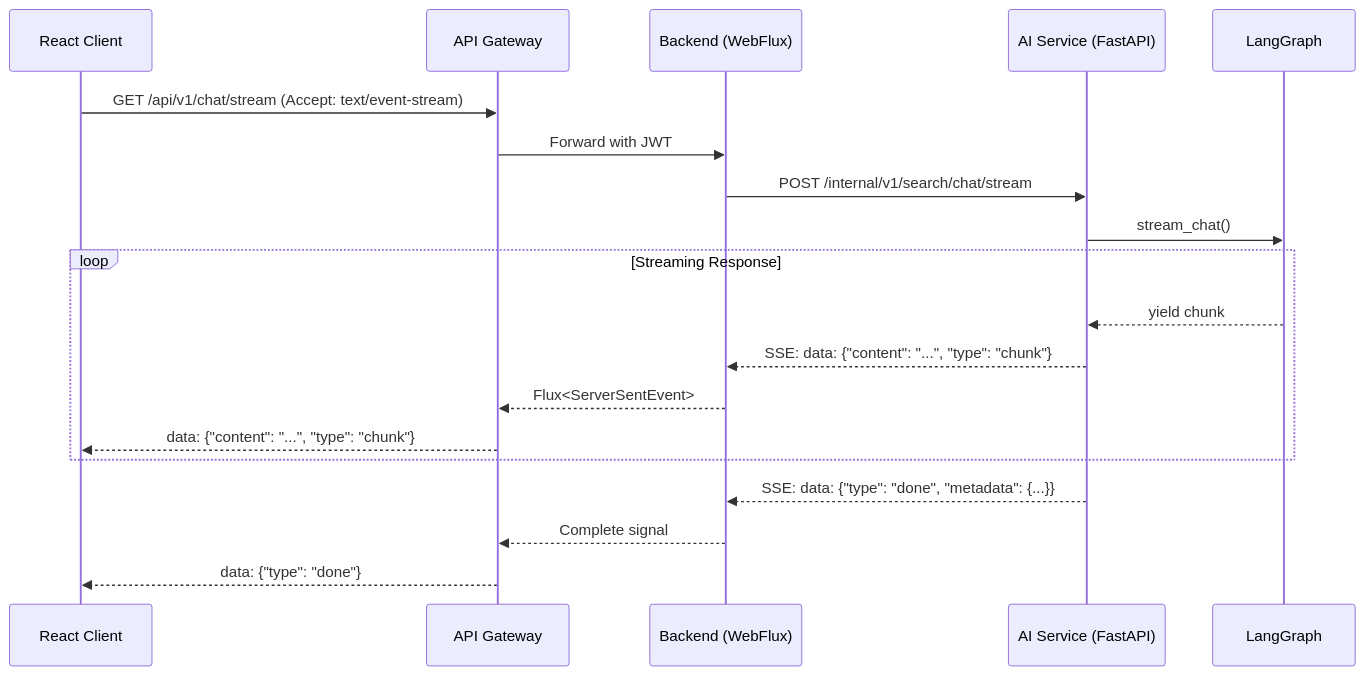
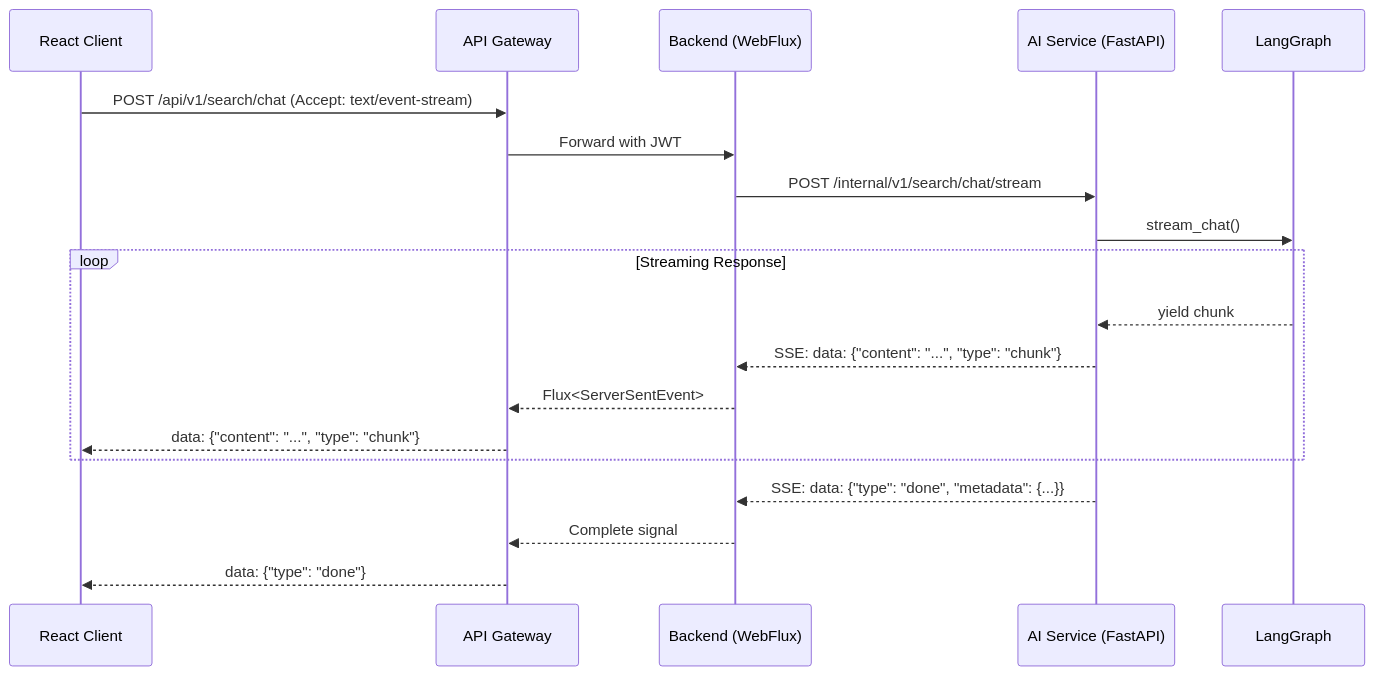
The eighth of 14 diagrams in knowledge_service/docs/02_design/backend_detailed_design.md (k82022603/hybrid-rag-knowledge-ops), drawn with Mermaid before and after one commit. The commit also changed other lines of this file and 32 other files, not shown here.

````diff
--- a/knowledge_service/docs/02_design/backend_detailed_design.md
+++ b/knowledge_service/docs/02_design/backend_detailed_design.md
@@ -2929,24 +2957,24 @@
 ```mermaid
 sequenceDiagram
     participant Client as React Client
     participant GW as API Gateway
     participant BE as Backend (WebFlux)
     participant AI as AI Service (FastAPI)
     participant LG as LangGraph
 
-    Client->>GW: GET /api/v1/chat/stream (Accept: text/event-stream)
+    Client->>GW: POST /api/v1/search/chat (Accept: text/event-stream)
     GW->>BE: Forward with JWT
     BE->>AI: POST /internal/v1/search/chat/stream
     AI->>LG: stream_chat()
 
     loop Streaming Response
         LG-->>AI: yield chunk
         AI-->>BE: SSE: data: {"content": "...", "type": "chunk"}
         BE-->>GW: Flux<ServerSentEvent>
         GW-->>Client: data: {"content": "...", "type": "chunk"}
     end
 
     AI-->>BE: SSE: data: {"type": "done", "metadata": {...}}
     BE-->>GW: Complete signal
     GW-->>Client: data: {"type": "done"}
 ```
````
